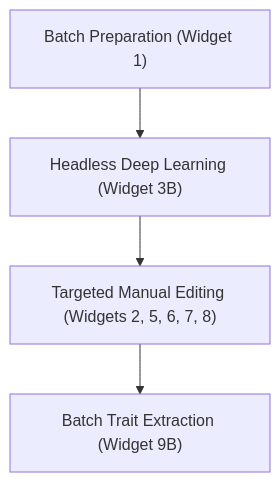
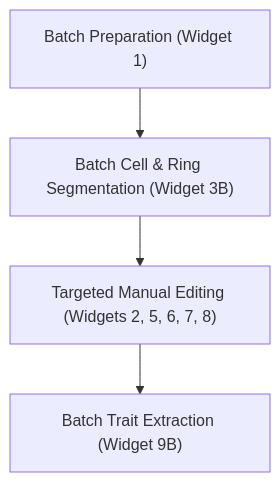
The third of 3 diagrams in docs/tutorials/workflows.md (roxas-ai/napari-roxas-ai), drawn with Mermaid before and after one commit. The commit also changed other lines of this file, not shown here.

Commit message:
Update tutorial workflows: refine step names, improve descriptions, and ensure consistency in segmentation and editing guides.

````diff
--- a/docs/tutorials/workflows.md
+++ b/docs/tutorials/workflows.md
@@ -243,6 +242,6 @@
 ```mermaid
 flowchart TD
-    B1["Batch Preparation (Widget 1)"] --> B2["Headless Deep Learning (Widget 3B)"]
+    B1["Batch Preparation (Widget 1)"] --> B2["Batch Cell & Ring Segmentation (Widget 3B)"]
     B2 --> B3["Targeted Manual Editing (Widgets 2, 5, 6, 7, 8)"]
     B3 --> B4["Batch Trait Extraction (Widget 9B)"]
 ```
````
